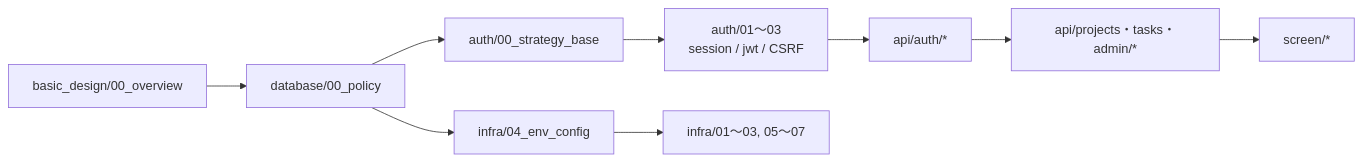
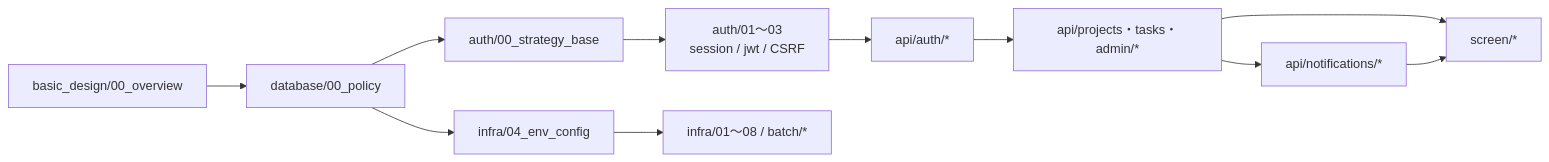
One commit to oikawa-d/task_management changed the diagram in detailed_design/README.md. Above: the diagram before and after it, drawn with Mermaid. The commit also changed other lines of this file and 31 other files, not shown here.

````diff
--- a/detailed_design/README.md
+++ b/detailed_design/README.md
@@ -13,11 +13,13 @@
 ```mermaid
 flowchart LR
     A["basic_design/00_overview"] --> B["database/00_policy"]
     B --> C["auth/00_strategy_base"]
     C --> D["auth/01〜03<br/>session / jwt / CSRF"]
     D --> E["api/auth/*"]
     E --> F["api/projects・tasks・admin/*"]
     F --> G["screen/*"]
+    F --> N["api/notifications/*"]
+    N --> G
     B --> H["infra/04_env_config"]
-    H --> I["infra/01〜03, 05〜07"]
+    H --> I["infra/01〜08 / batch/*"]
 ```
````
